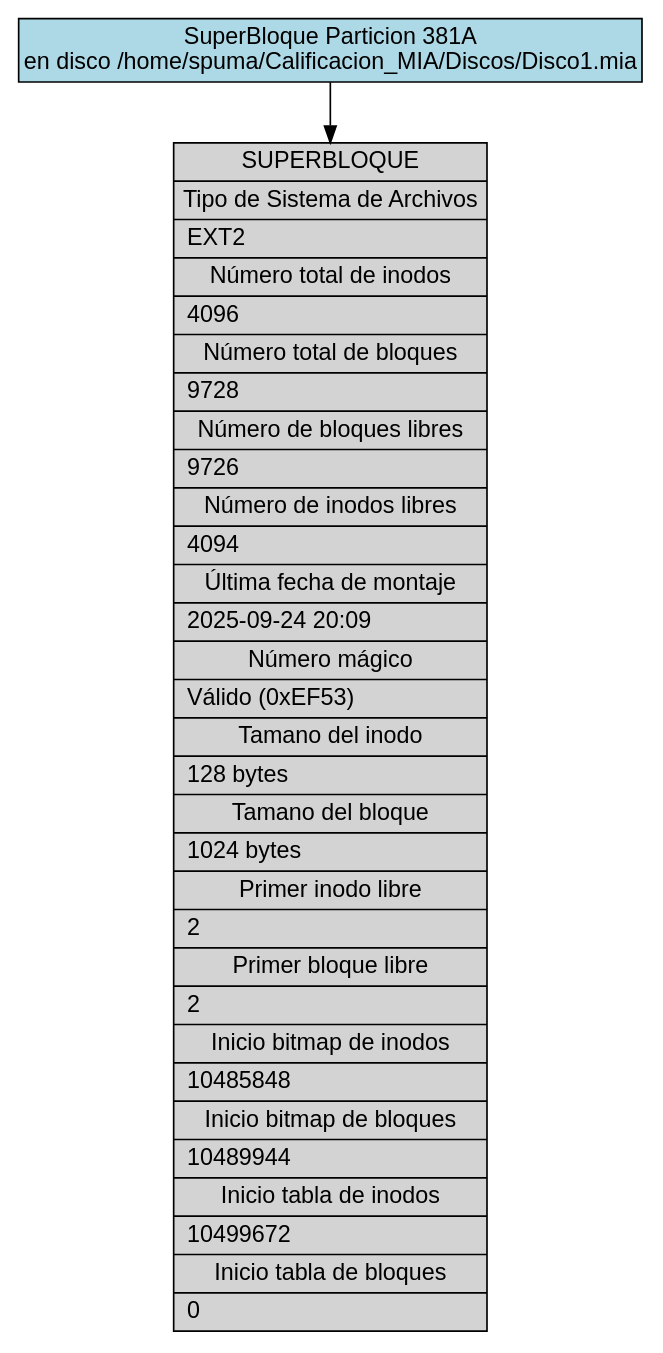
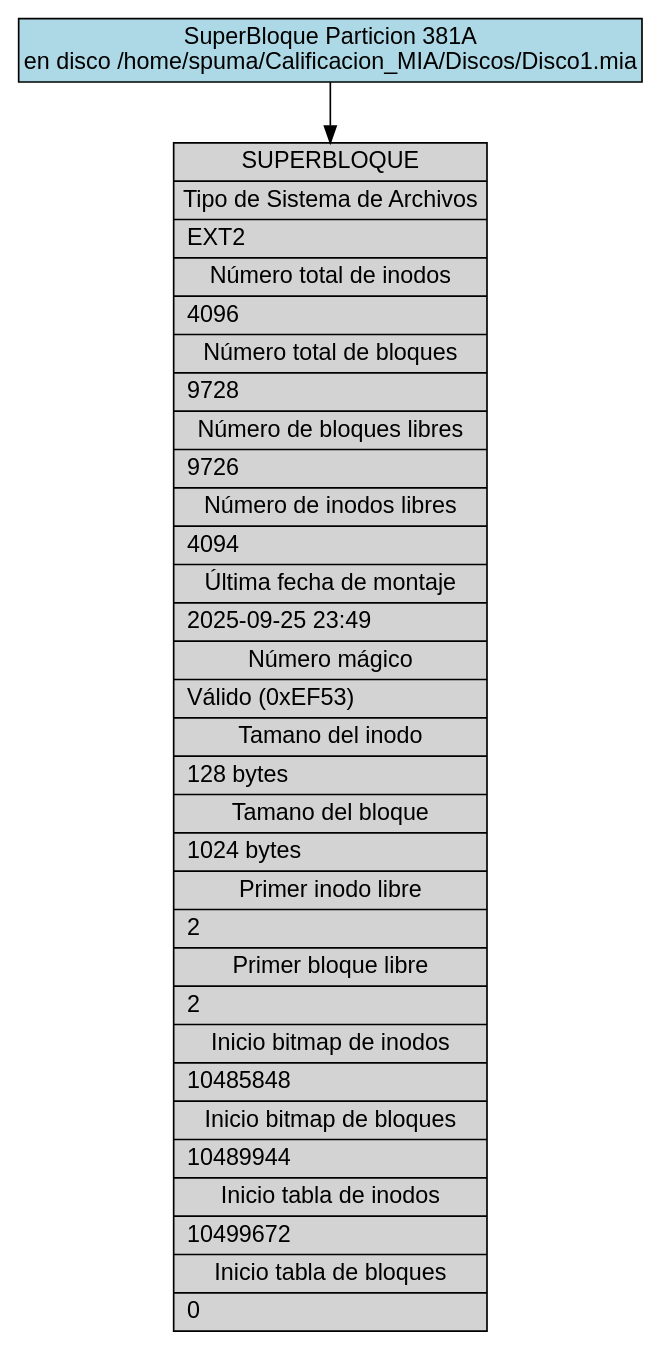
One commit to DiegVas/MIA_2S2025_P2_202300638 changed the diagram in backend/provider/reports/src/sb_381A.dot. Above: the diagram before and after it, drawn with Graphviz. The commit also changed 27 other files, not shown here.

```diff
--- a/backend/provider/reports/src/sb_381A.dot
+++ b/backend/provider/reports/src/sb_381A.dot
@@ -1,13 +1,13 @@
 digraph Superblock_Report {
     rankdir=TB;
     node [shape=record, fontname="Arial"];
     edge [fontname="Arial"];
     graph [fontname="Arial"];
 
     title [label="SuperBloque Particion 381A\nen disco /home/spuma/Calificacion_MIA/Discos/Disco1.mia", shape=box, style=filled, fillcolor=lightblue];
 
-    superblock [label="{SUPERBLOQUE|Tipo de Sistema de Archivos|EXT2\l|Número total de inodos|4096\l|Número total de bloques|9728\l|Número de bloques libres|9726\l|Número de inodos libres|4094\l|Última fecha de montaje|2025-09-24 20:09\l|Número mágico|Válido (0xEF53)\l|Tamano del inodo|128 bytes\l|Tamano del bloque|1024 bytes\l|Primer inodo libre|2\l|Primer bloque libre|2\l|Inicio bitmap de inodos|10485848\l|Inicio bitmap de bloques|10489944\l|Inicio tabla de inodos|10499672\l|Inicio tabla de bloques|0\l}", style=filled, fillcolor=lightgray];
+    superblock [label="{SUPERBLOQUE|Tipo de Sistema de Archivos|EXT2\l|Número total de inodos|4096\l|Número total de bloques|9728\l|Número de bloques libres|9726\l|Número de inodos libres|4094\l|Última fecha de montaje|2025-09-25 23:49\l|Número mágico|Válido (0xEF53)\l|Tamano del inodo|128 bytes\l|Tamano del bloque|1024 bytes\l|Primer inodo libre|2\l|Primer bloque libre|2\l|Inicio bitmap de inodos|10485848\l|Inicio bitmap de bloques|10489944\l|Inicio tabla de inodos|10499672\l|Inicio tabla de bloques|0\l}", style=filled, fillcolor=lightgray];
 
     title -> superblock;
 
 }
```
